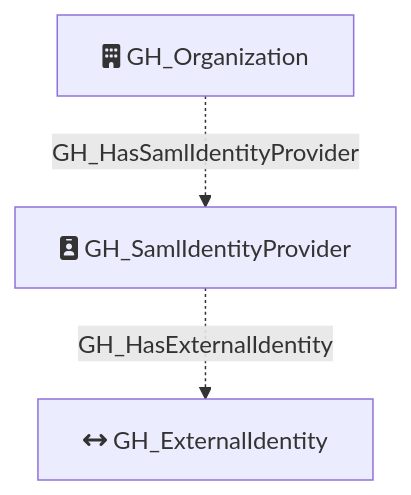
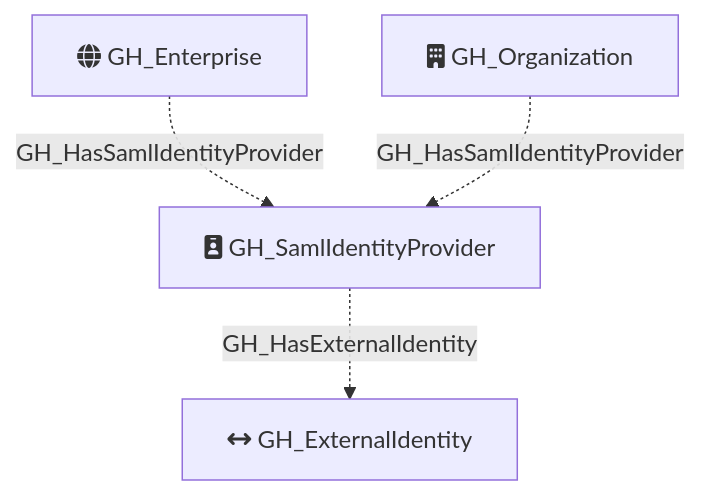
One commit to SpecterOps/GitHound changed the diagram in Documentation/NodeDescriptions/GH_SamlIdentityProvider.md. Above: the diagram before and after it, drawn with Mermaid. The commit also changed other lines of this file and 7 other files, not shown here.

````diff
--- a/Documentation/NodeDescriptions/GH_SamlIdentityProvider.md
+++ b/Documentation/NodeDescriptions/GH_SamlIdentityProvider.md
@@ -25,10 +25,12 @@
 ```mermaid
 flowchart TD
+    GH_Enterprise[fa:fa-globe GH_Enterprise]
     GH_Organization[fa:fa-building GH_Organization]
     GH_SamlIdentityProvider[fa:fa-id-badge GH_SamlIdentityProvider]
     GH_ExternalIdentity[fa:fa-arrows-left-right GH_ExternalIdentity]
 
 
+    GH_Enterprise -.->|GH_HasSamlIdentityProvider| GH_SamlIdentityProvider
     GH_Organization -.->|GH_HasSamlIdentityProvider| GH_SamlIdentityProvider
     GH_SamlIdentityProvider -.->|GH_HasExternalIdentity| GH_ExternalIdentity
 ```
````
